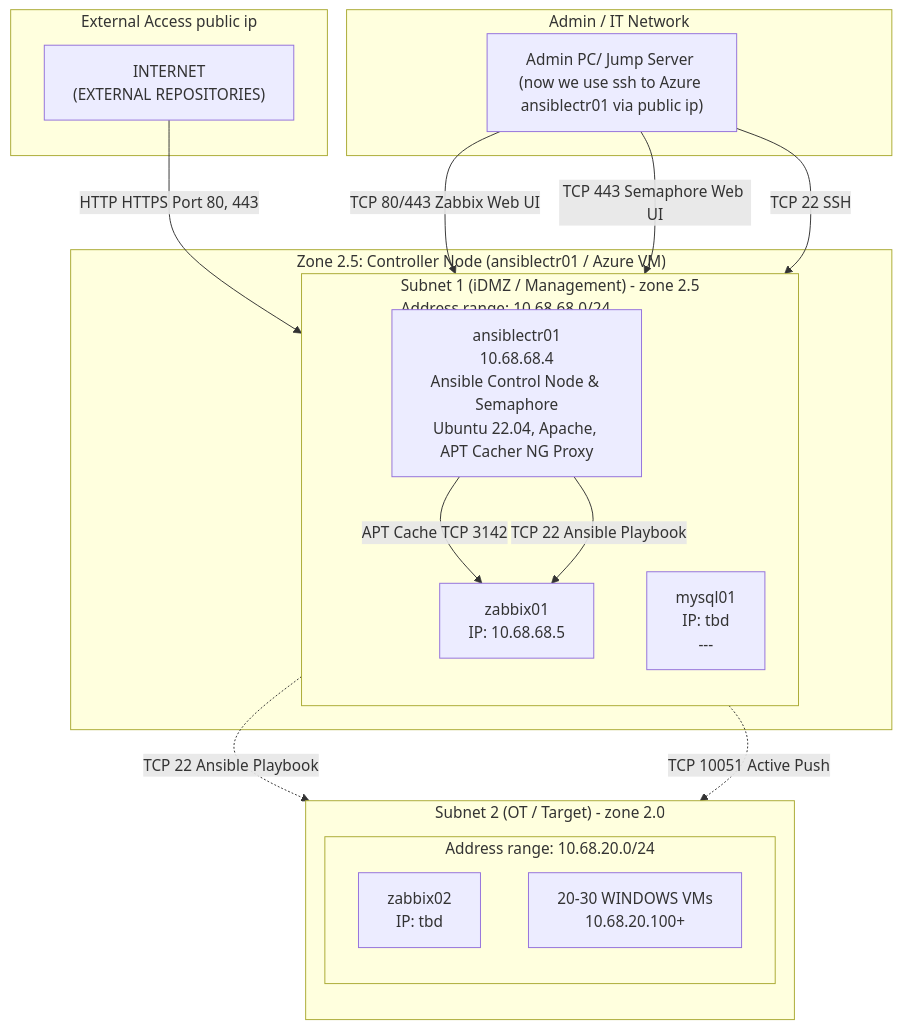
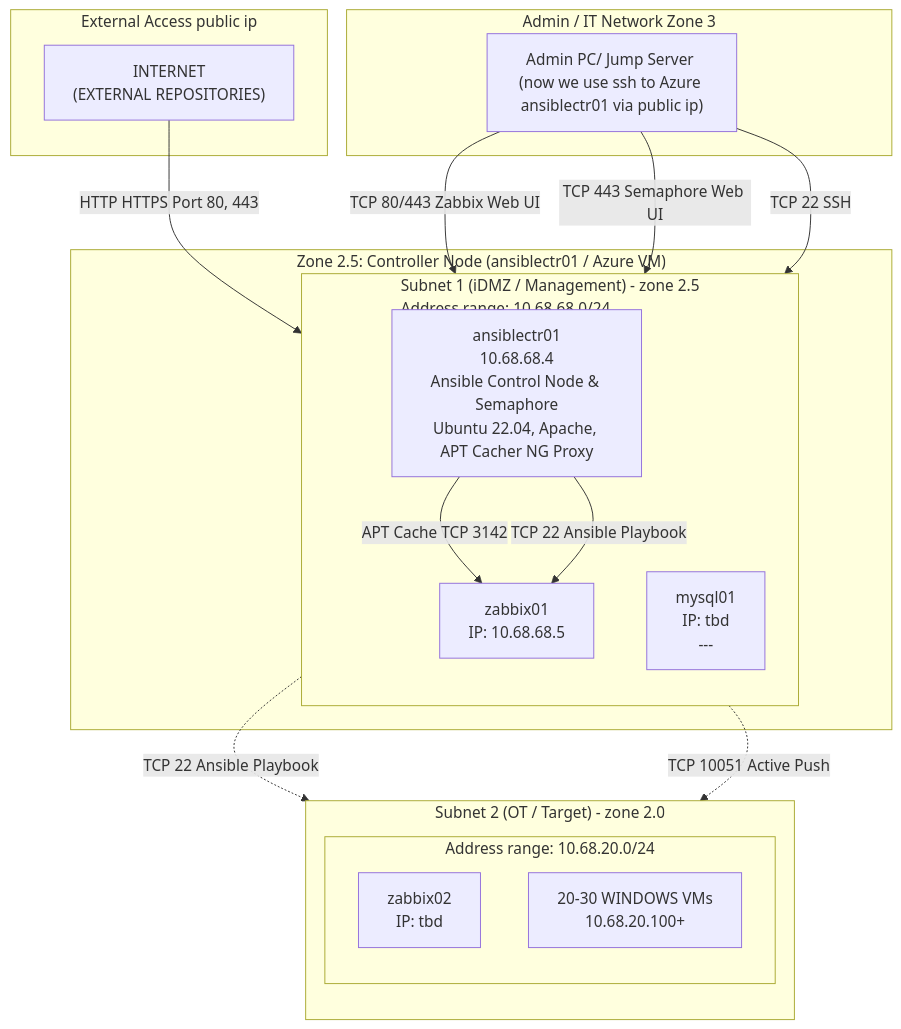
One commit to spawnmarvel/kvm-lab changed the diagram in run_research_2_azure_zabbix_stack_extra_with_windows_vms/readme.md. Above: the diagram before and after it, drawn with Mermaid.

Commit message:
start ansible

````diff
--- a/run_research_2_azure_zabbix_stack_extra_with_windows_vms/readme.md
+++ b/run_research_2_azure_zabbix_stack_extra_with_windows_vms/readme.md
@@ -926,39 +926,39 @@
 ```mermaid
 graph TD
     subgraph Zone1 ["External Access public ip"]
         Internet["INTERNET<br/>(EXTERNAL REPOSITORIES)"]
     end
 
     subgraph Zone2 ["Zone 2.5: Controller Node (ansiblectr01 / Azure VM)"]
         subgraph Subnet1 ["Subnet 1 (iDMZ / Management) - zone 2.5<br/>Address range: 10.68.68.0/24"]
             direction TB
             ansiblectr01["ansiblectr01<br/>10.68.68.4<br/>Ansible Control Node & Semaphore<br/>Ubuntu 22.04, Apache, APT Cacher NG Proxy"]
             zabbix01["zabbix01<br/>IP: 10.68.68.5"]
             mysql01["mysql01<br/>IP: tbd<br/>---"]
         end
     end
 
     subgraph Zone2OT ["Subnet 2 (OT / Target) - zone 2.0"]
         direction TB
         subgraph Subnet2 ["Address range: 10.68.20.0/24"]
             zabbix02["zabbix02<br/>IP: tbd"]
             winVMs["20-30 WINDOWS VMs<br/>10.68.20.100+"]
         end
     end
 
-    subgraph AdminNet ["Admin / IT Network"]
+    subgraph AdminNet ["Admin / IT Network Zone 3"]
         AdminPC["Admin PC/ Jump Server (now we use ssh to Azure ansiblectr01 via public ip)"]
     end
 
     Internet -->|HTTP HTTPS Port 80, 443| ansiblectr01
     AdminPC -->|TCP 80/443 Zabbix Web UI| zabbix01
     AdminPC -->|TCP 443 Semaphore Web UI| ansiblectr01
     AdminPC -->|TCP 22 SSH| ansiblectr01
     
     ansiblectr01 -->|APT Cache TCP 3142| zabbix01
     ansiblectr01 -->|TCP 22 Ansible Playbook| zabbix01
     
     ansiblectr01 -.->|TCP 22 Ansible Playbook| zabbix02
     zabbix01 -.->|TCP 10051 Active Push| zabbix02
 
 ```
````
